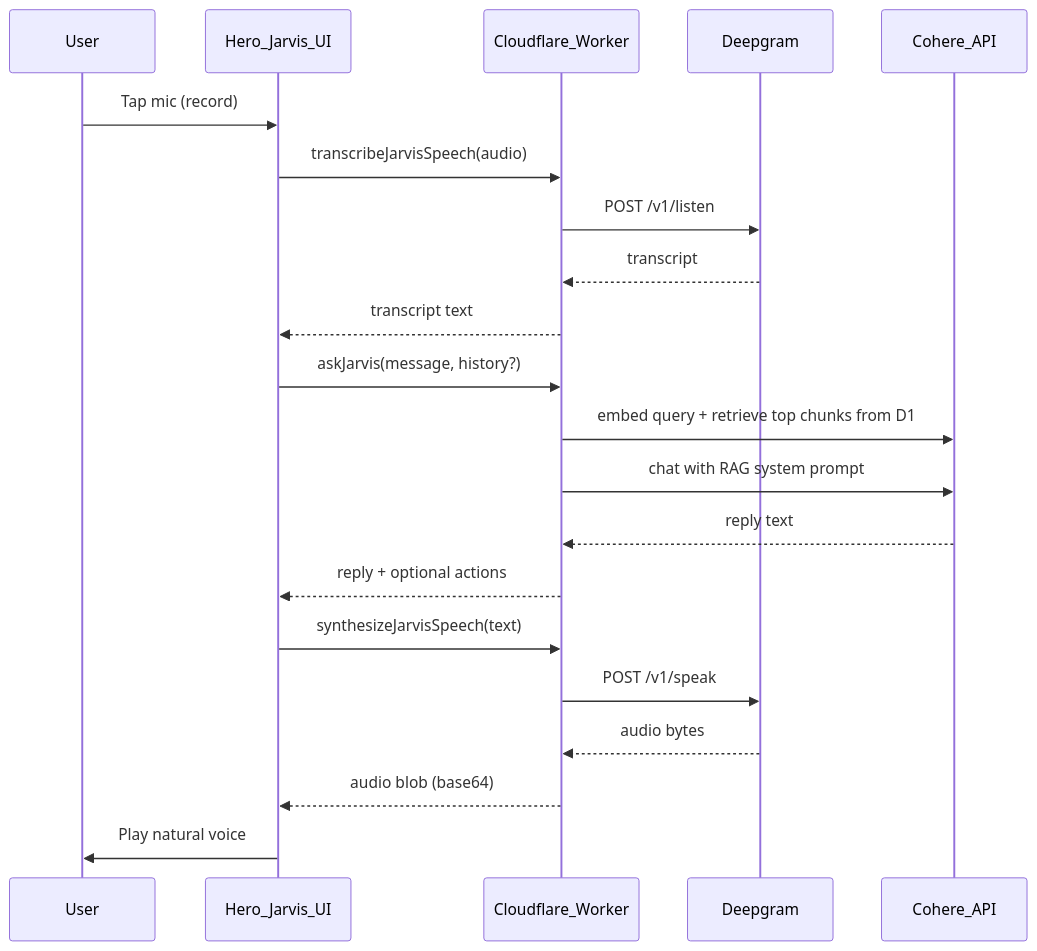
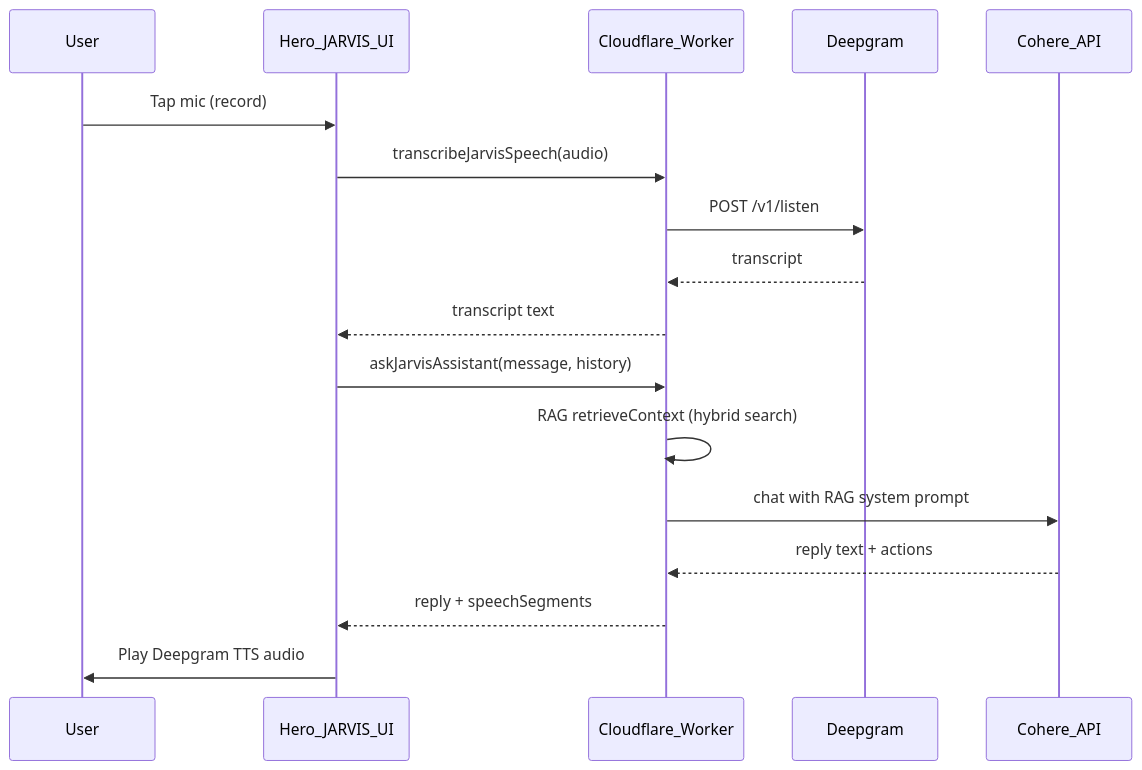
Before and after one commit to Anurag313y/Agentic-RAG-Portfolio: the first of 2 diagrams in README.md, drawn with Mermaid. The commit also changed other lines of this file and 5 other files, not shown here.

````diff
--- a/README.md
+++ b/README.md
@@ -411,26 +338,22 @@
 ```mermaid
 sequenceDiagram
   participant User
-  participant Hero as Hero_Jarvis_UI
+  participant Hero as Hero_JARVIS_UI
   participant Worker as Cloudflare_Worker
   participant DG as Deepgram
   participant Cohere as Cohere_API
 
   User->>Hero: Tap mic (record)
   Hero->>Worker: transcribeJarvisSpeech(audio)
   Worker->>DG: POST /v1/listen
   DG-->>Worker: transcript
   Worker-->>Hero: transcript text
 
-  Hero->>Worker: askJarvis(message, history?)
-  Worker->>Cohere: embed query + retrieve top chunks from D1
+  Hero->>Worker: askJarvisAssistant(message, history)
+  Worker->>Worker: RAG retrieveContext (hybrid search)
   Worker->>Cohere: chat with RAG system prompt
-  Cohere-->>Worker: reply text
-  Worker-->>Hero: reply + optional actions
+  Cohere-->>Worker: reply text + actions
+  Worker-->>Hero: reply + speechSegments
 
-  Hero->>Worker: synthesizeJarvisSpeech(text)
-  Worker->>DG: POST /v1/speak
-  DG-->>Worker: audio bytes
-  Worker-->>Hero: audio blob (base64)
-  Hero->>User: Play natural voice
+  Hero->>User: Play Deepgram TTS audio
 ```
````
